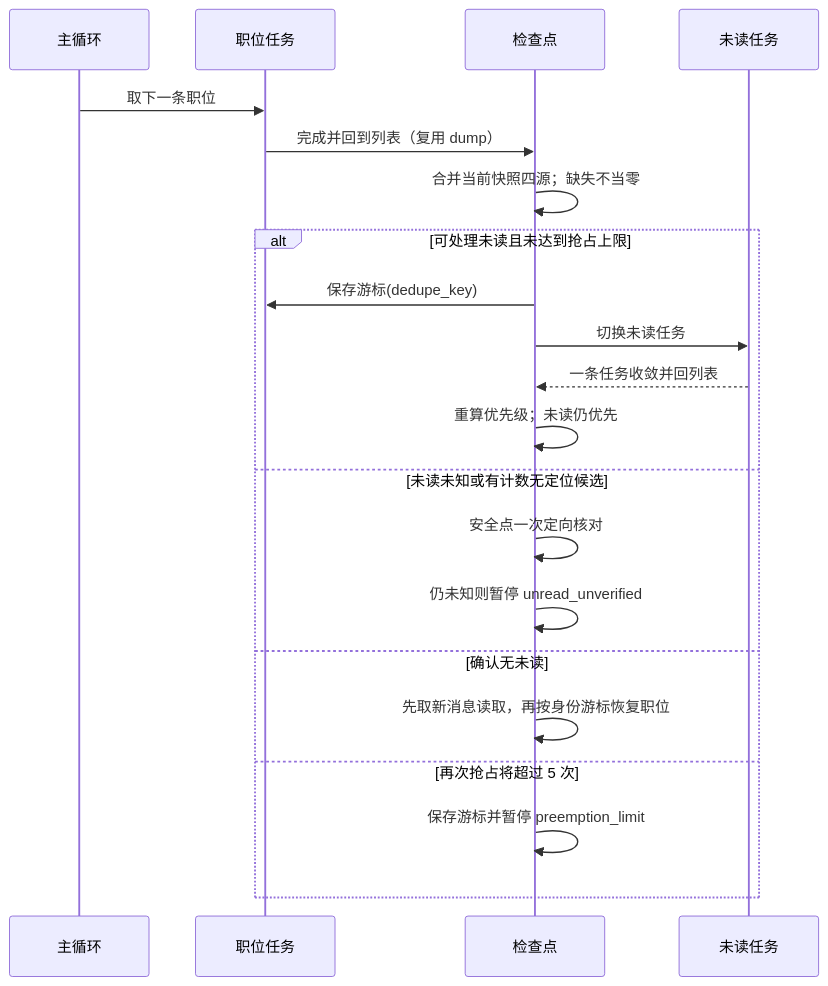
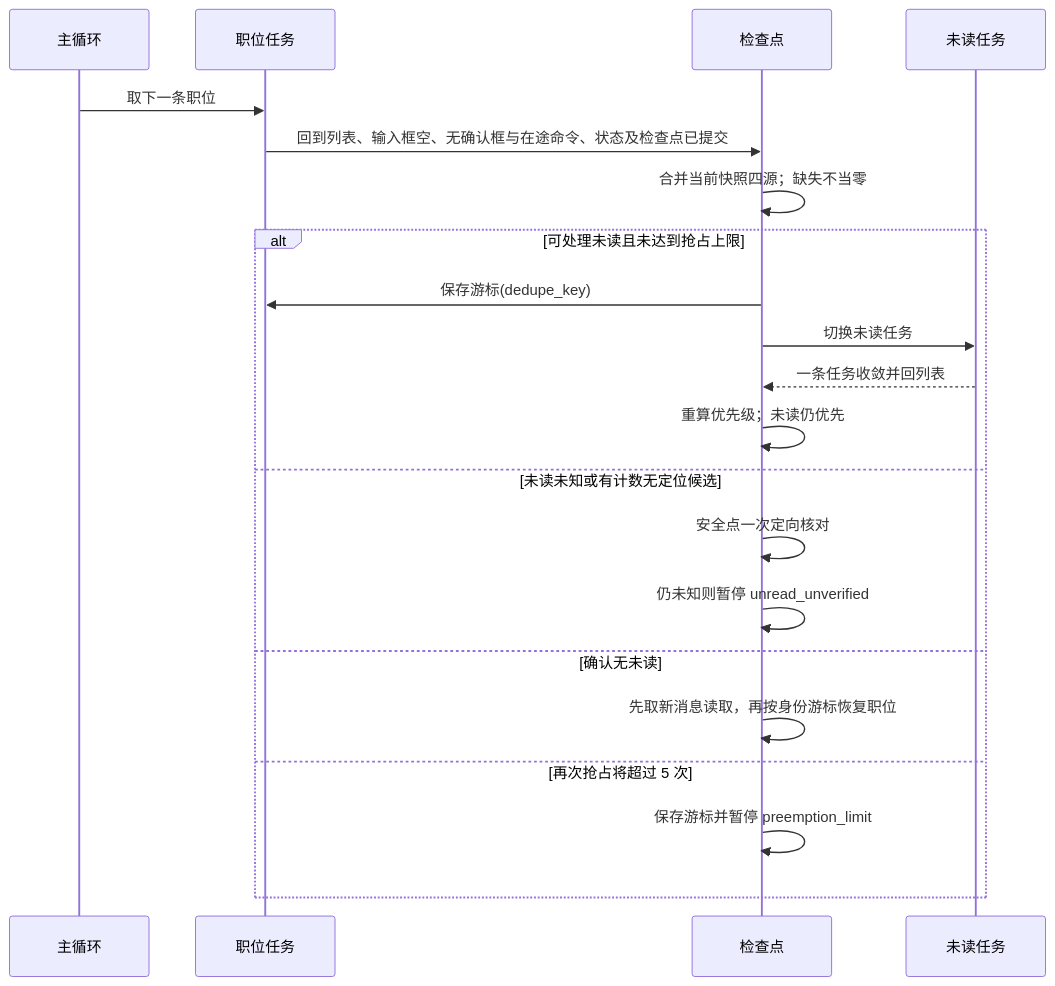
The fourth of 6 diagrams in docs/BOSS直聘_求职自动化_实施计划_20261123.md (bin448482/job-application-openagent), drawn with Mermaid before and after one commit. The commit also changed other lines of this file and 4 other files, not shown here.

````diff
--- a/docs/BOSS直聘_求职自动化_实施计划_20261123.md
+++ b/docs/BOSS直聘_求职自动化_实施计划_20261123.md
@@ -119,24 +123,24 @@
 ```mermaid
 sequenceDiagram
   participant L as 主循环
   participant J as 职位任务
   participant C as 检查点
   participant U as 未读任务
 
   L->>J: 取下一条职位
-  J->>C: 完成并回到列表（复用 dump）
+  J->>C: 回到列表、输入框空、无确认框与在途命令、状态及检查点已提交
   C->>C: 合并当前快照四源；缺失不当零
   alt 可处理未读且未达到抢占上限
     C->>J: 保存游标(dedupe_key)
     C->>U: 切换未读任务
     U-->>C: 一条任务收敛并回列表
     C->>C: 重算优先级；未读仍优先
   else 未读未知或有计数无定位候选
     C->>C: 安全点一次定向核对
     C->>C: 仍未知则暂停 unread_unverified
   else 确认无未读
     C->>C: 先取新消息读取，再按身份游标恢复职位
   else 再次抢占将超过 5 次
     C->>C: 保存游标并暂停 preemption_limit
   end
 ```
````
